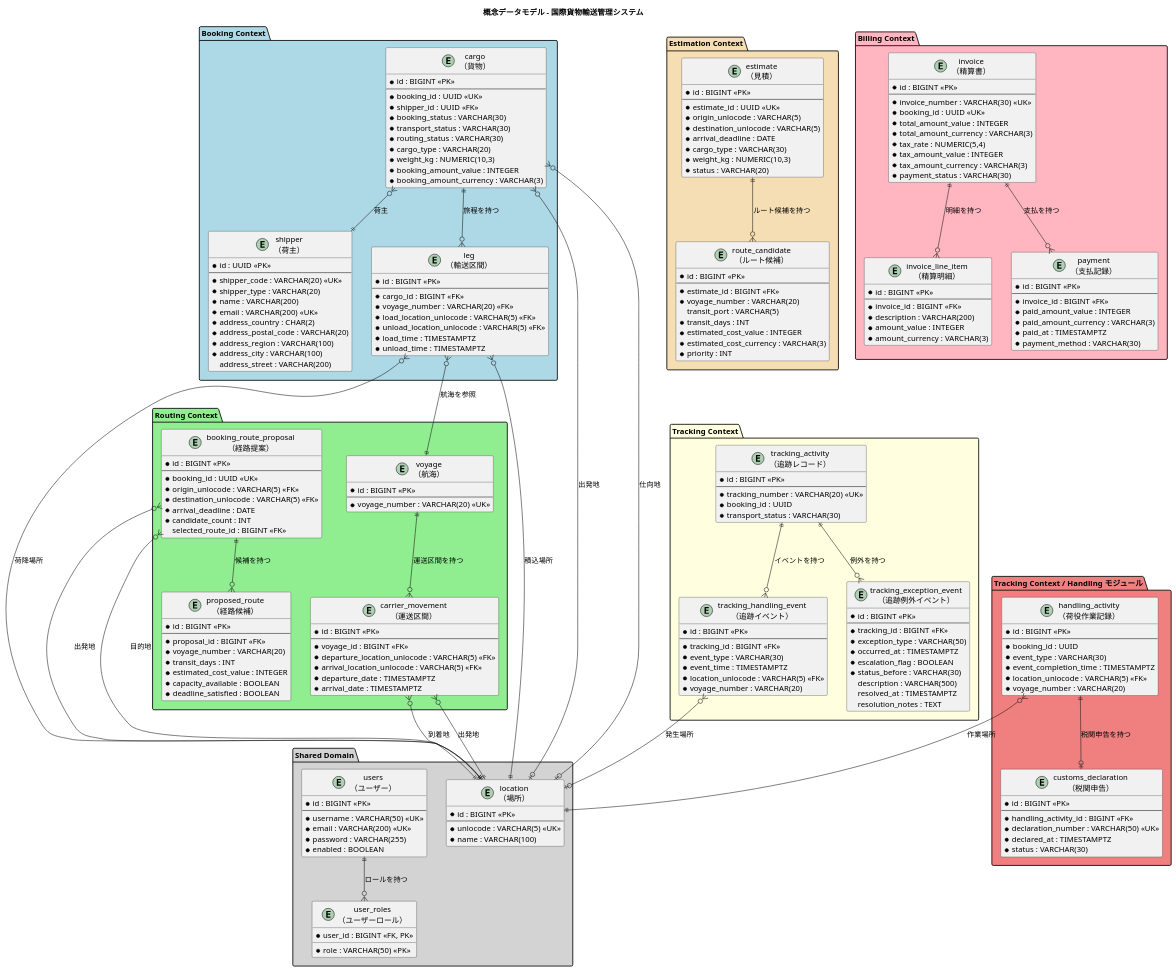
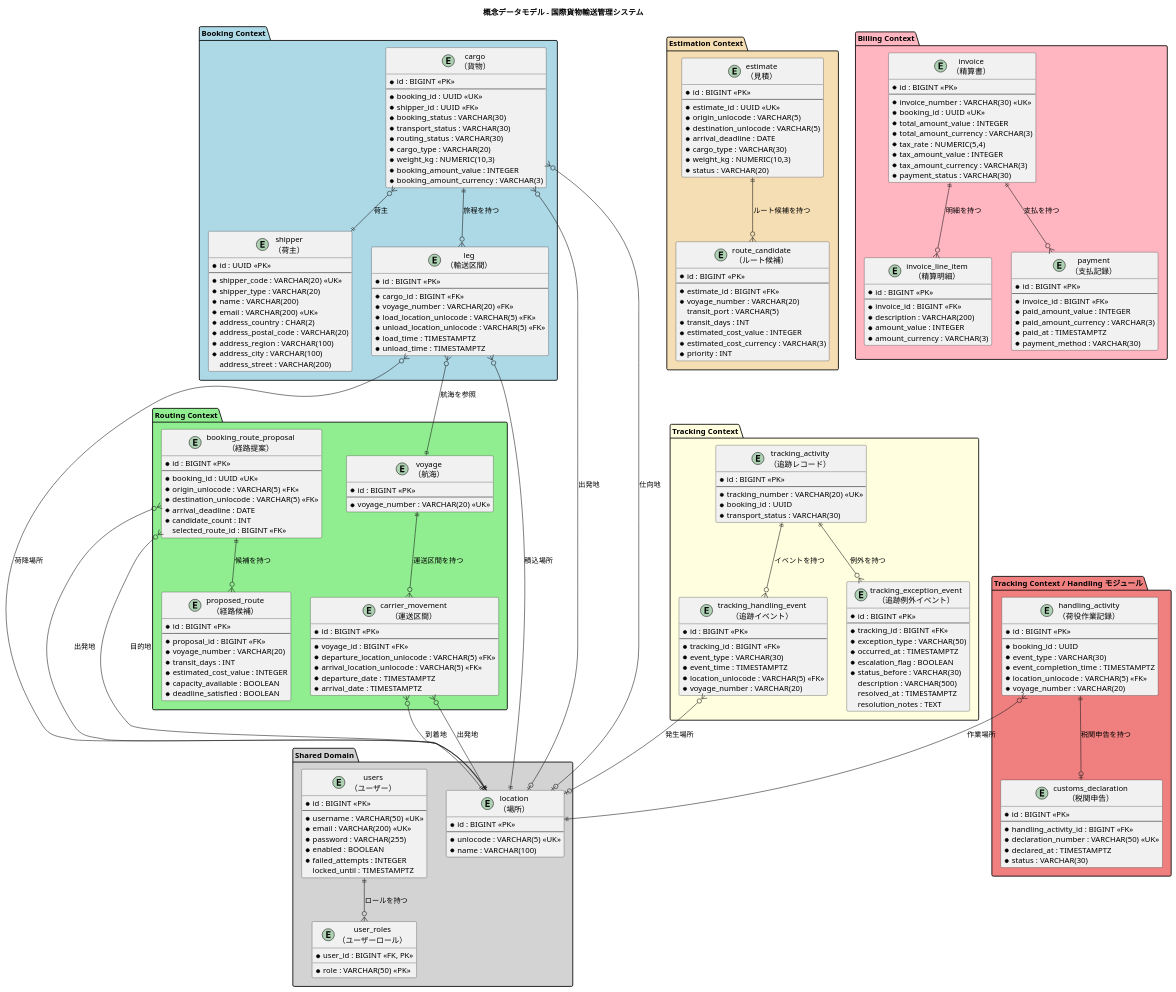
One commit to k2works/case-study-cargo-tracker changed the first of 9 diagrams in docs/design/data-model.md. Above: the diagram before and after it, drawn with PlantUML. The commit also changed other lines of this file and 54 other files, not shown here.

```diff
--- a/docs/design/data-model.md
+++ b/docs/design/data-model.md
@@ -60,6 +60,8 @@
     * email : VARCHAR(200) <<UK>>
     * password : VARCHAR(255)
     * enabled : BOOLEAN
+    * failed_attempts : INTEGER
+    locked_until : TIMESTAMPTZ
   }
 
   entity "user_roles\n（ユーザーロール）" as user_roles {
```
